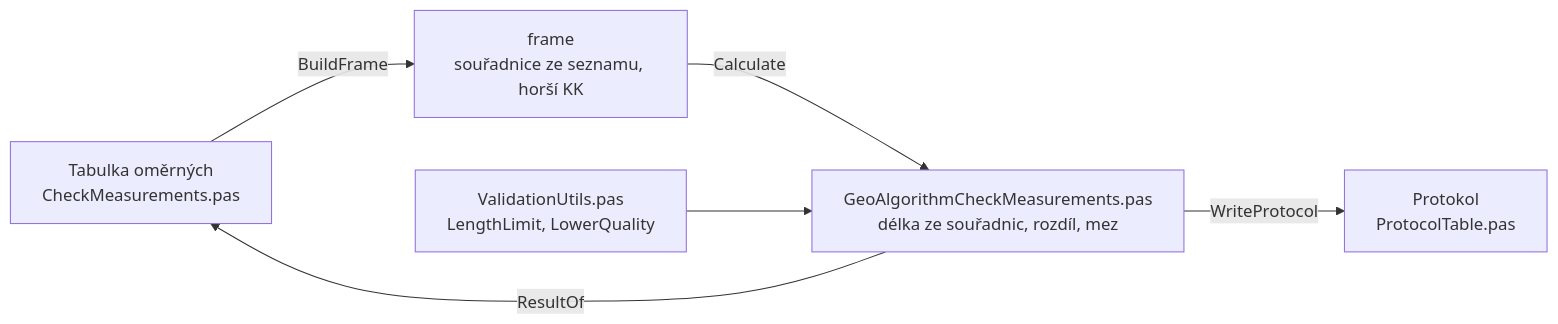
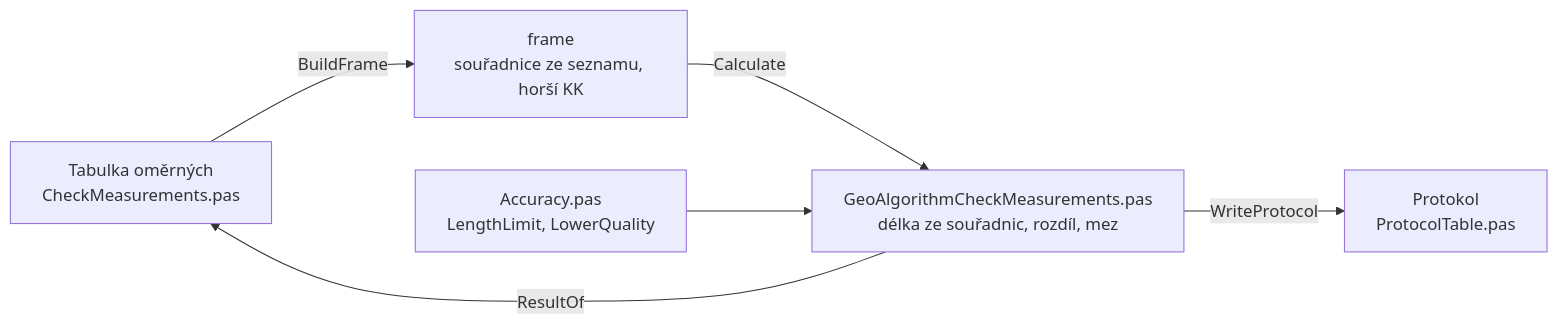
Before and after one commit to kovarmi9/GeoSoft: the diagram in docs/vypocty/kontrolni-omerne.md, drawn with Mermaid. The commit also changed other lines of this file and 34 other files, not shown here.

````diff
--- a/docs/vypocty/kontrolni-omerne.md
+++ b/docs/vypocty/kontrolni-omerne.md
@@ -28,8 +28,8 @@
 ```mermaid
 flowchart LR
   T["Tabulka oměrných<br>CheckMeasurements.pas"] -->|BuildFrame| F["frame<br>souřadnice ze seznamu, horší KK"]
   F -->|Calculate| A["GeoAlgorithmCheckMeasurements.pas<br>délka ze souřadnic, rozdíl, mez"]
-  V["ValidationUtils.pas<br>LengthLimit, LowerQuality"] --> A
+  V["Accuracy.pas<br>LengthLimit, LowerQuality"] --> A
   A -->|ResultOf| T
   A -->|WriteProtocol| P["Protokol<br>ProtocolTable.pas"]
 ```
````
